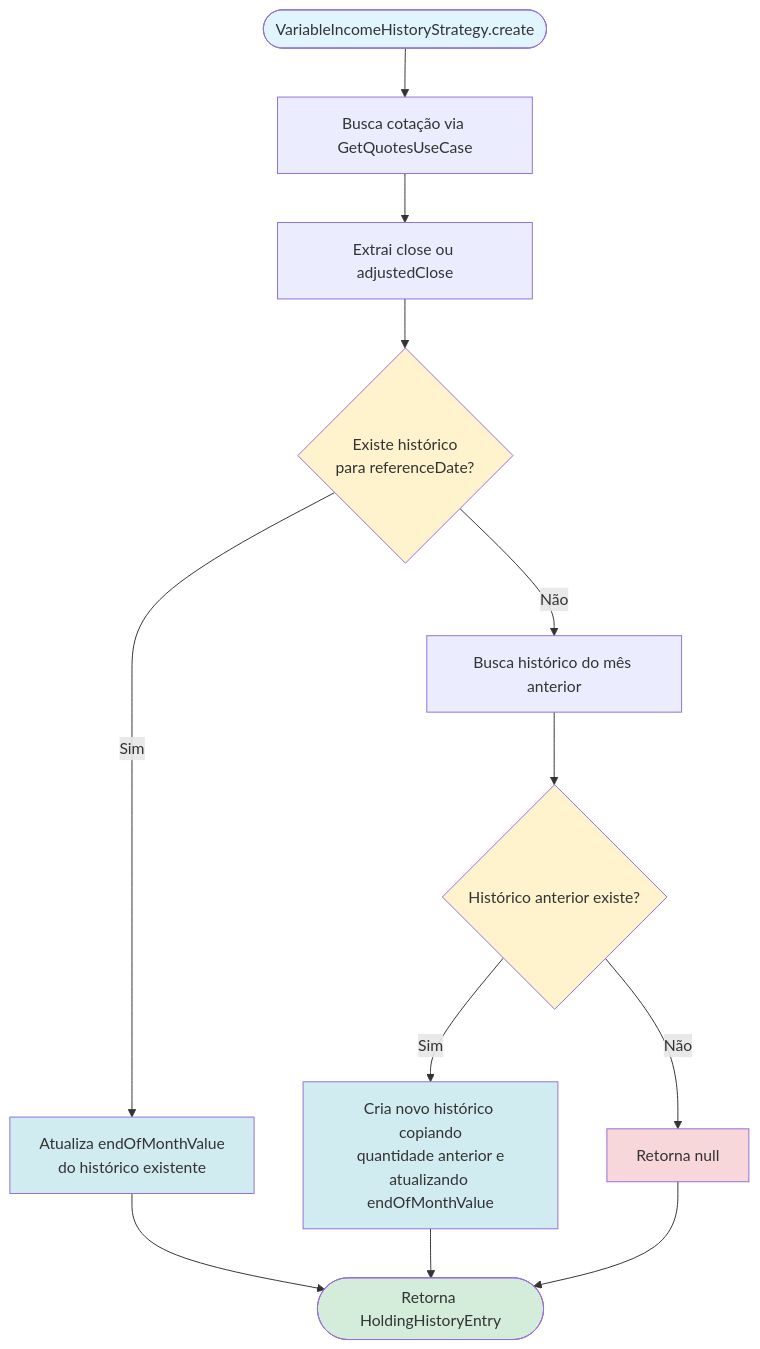
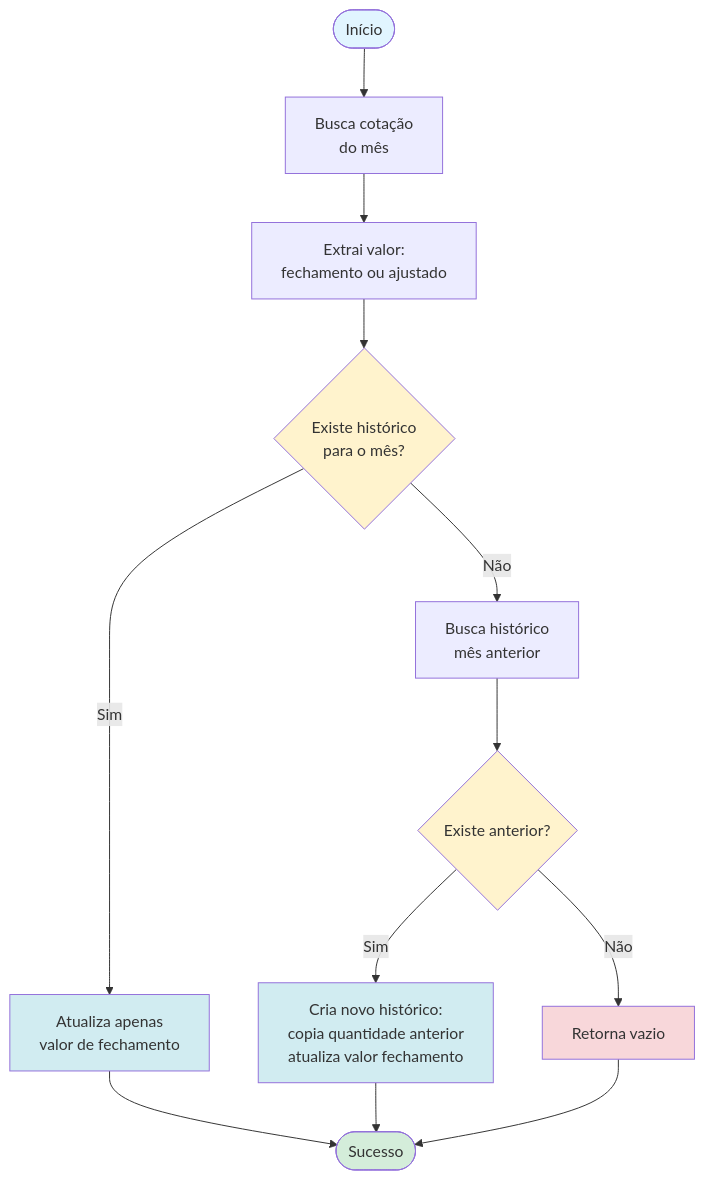
One commit to enirsilvaferraz/Investments-KMP changed the third of 3 diagrams in docs/RN - Criar novo registro de histórico.md. Above: the diagram before and after it, drawn with Mermaid. The commit also changed other lines of this file, not shown here.

First line of the commit message:
docs: Refactor and simplify history creation documentation

````diff
--- a/docs/RN - Criar novo registro de histórico.md
+++ b/docs/RN - Criar novo registro de histórico.md
@@ -328,25 +93,25 @@
 ```mermaid
 flowchart TD
-    Start([VariableIncomeHistoryStrategy.create]) --> GetQuote[Busca cotação via GetQuotesUseCase]
-    GetQuote --> ExtractValue[Extrai close ou adjustedClose]
-    ExtractValue --> CheckExisting{Existe histórico<br/>para referenceDate?}
+    Start([Início]) --> Quote[Busca cotação<br/>do mês]
+    Quote --> Extract[Extrai valor:<br/>fechamento ou ajustado]
+    Extract --> Check{Existe histórico<br/>para o mês?}
     
-    CheckExisting -->|Sim| UpdateExisting[Atualiza endOfMonthValue<br/>do histórico existente]
-    CheckExisting -->|Não| GetPrevious[Busca histórico do mês anterior]
+    Check -->|Sim| Update[Atualiza apenas<br/>valor de fechamento]
+    Check -->|Não| Previous[Busca histórico<br/>mês anterior]
     
-    GetPrevious --> HasPrevious{Histórico anterior existe?}
-    HasPrevious -->|Sim| CreateNew[Cria novo histórico copiando<br/>quantidade anterior e<br/>atualizando endOfMonthValue]
-    HasPrevious -->|Não| ReturnNull[Retorna null]
+    Previous --> HasPrev{Existe anterior?}
+    HasPrev -->|Sim| Create[Cria novo histórico:<br/>copia quantidade anterior<br/>atualiza valor fechamento]
+    HasPrev -->|Não| Fail[Retorna vazio]
     
-    UpdateExisting --> End([Retorna HoldingHistoryEntry])
-    CreateNew --> End
-    ReturnNull --> End
+    Update --> Success([Sucesso])
+    Create --> Success
+    Fail --> Success
     
     style Start fill:#e1f5ff
-    style End fill:#d4edda
-    style CheckExisting fill:#fff3cd
-    style HasPrevious fill:#fff3cd
-    style UpdateExisting fill:#d1ecf1
-    style CreateNew fill:#d1ecf1
-    style ReturnNull fill:#f8d7da
+    style Success fill:#d4edda
+    style Check fill:#fff3cd
+    style HasPrev fill:#fff3cd
+    style Update fill:#d1ecf1
+    style Create fill:#d1ecf1
+    style Fail fill:#f8d7da
 ```
````
